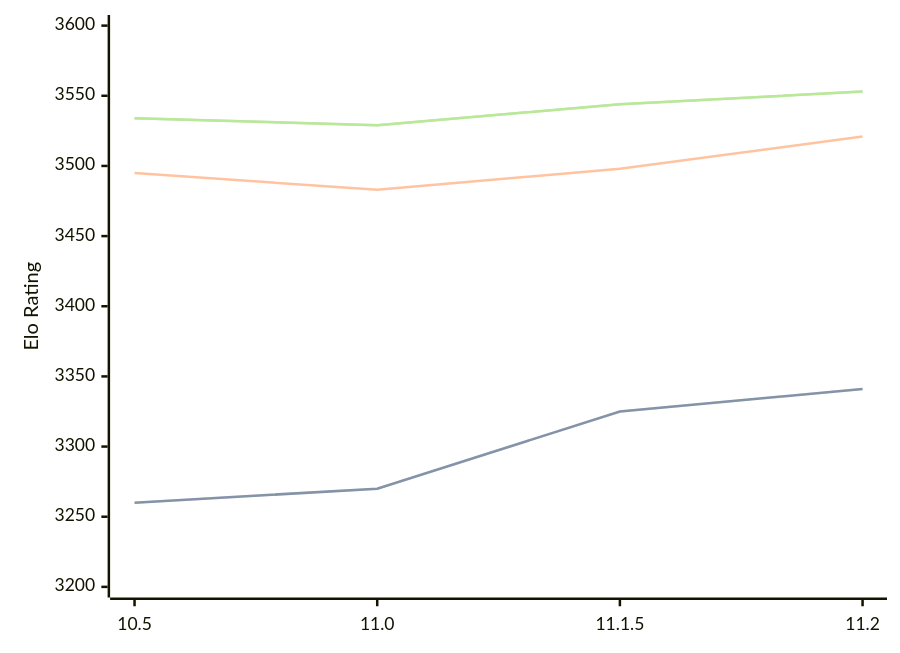
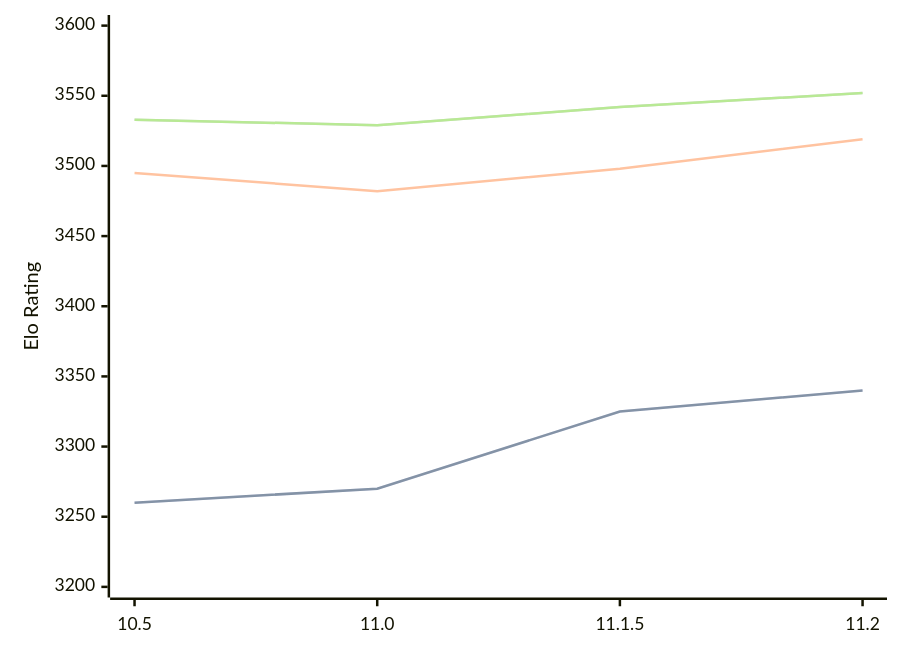
One commit to computer-chess-index/cci changed the diagram in engines/Lizard.md. Above: the diagram before and after it, drawn with Mermaid. The commit also changed other lines of this file, not shown here.

Commit message:
Update CCI Ratings (ELO VLTC) - 2026-04-20

````diff
--- a/engines/Lizard.md
+++ b/engines/Lizard.md
@@ -46,11 +46,11 @@
 ```mermaid
 %%{init: {"theme":"base","themeVariables":{"seriesColors:['#a3a3a3','#222221','#faa371']}}}%%
 xychart-beta
   x-axis ["10.5", "11.0", "11.1.5", "11.2"]
   y-axis "Elo Rating" 3200 --> 3600
-  line "STC (8.0+0.08s)" [3260, 3270, 3325, 3341]
-  line "STC (8.0+0.08s)" [3260, 3270, 3325, 3341]
-  line "LTC (60.0+0.60s)" [3495, 3483, 3498, 3521]
-  line "VLTC (2m24s+1.12s)" [3534, 3529, 3544, 3553]
-  line "VLTC (2m24s+1.12s)" [3534, 3529, 3544, 3553]
+  line "STC (8.0+0.08s)" [3260, 3270, 3325, 3340]
+  line "STC (8.0+0.08s)" [3260, 3270, 3325, 3340]
+  line "LTC (60.0+0.60s)" [3495, 3482, 3498, 3519]
+  line "VLTC (2m24s+1.12s)" [3533, 3529, 3542, 3552]
+  line "VLTC (2m24s+1.12s)" [3533, 3529, 3542, 3552]
 ```
````
